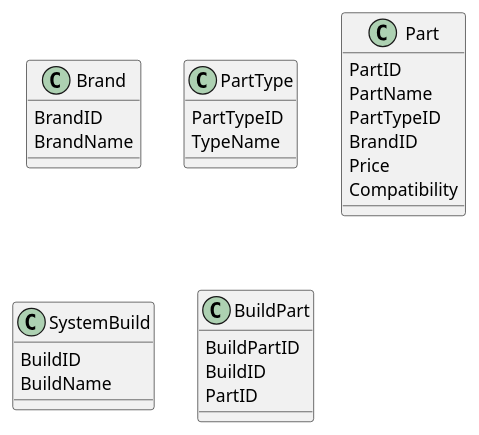
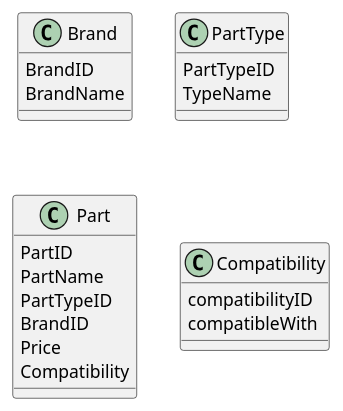
The diagram in project-1/mvc-test/computer-builder.puml (HHHuser1/block3-adv-web), drawn with PlantUML before and after one commit. The commit also changed 2 other files, not shown here.

```diff
--- a/project-1/mvc-test/computer-builder.puml
+++ b/project-1/mvc-test/computer-builder.puml
@@ -2,35 +2,28 @@
 @startuml
 
 class Brand {
   BrandID
   BrandName
 }
 
 class PartType {
   PartTypeID
   TypeName
 }
 
 class Part {
   PartID
   PartName
   PartTypeID
   BrandID
   Price
   Compatibility
 }
 
-class SystemBuild {
-  BuildID
-  BuildName
-}
-
-class BuildPart {
-  BuildPartID
-  BuildID
-  PartID
+class Compatibility {
+  compatibilityID
+  compatibleWith
 }
 
 
-
 @enduml
```
